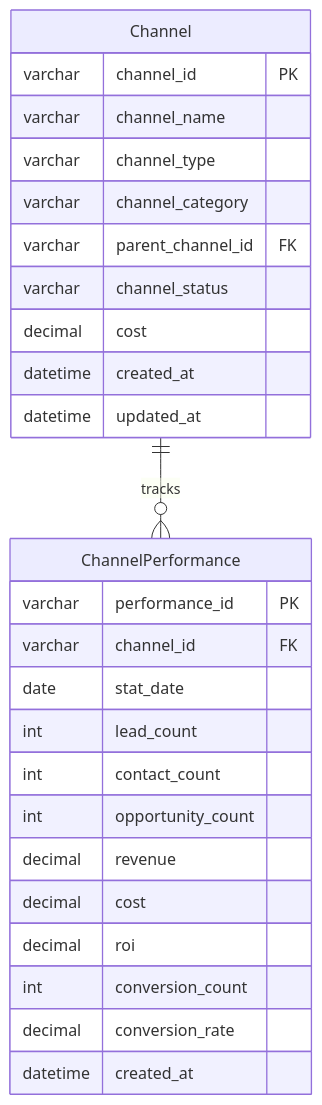
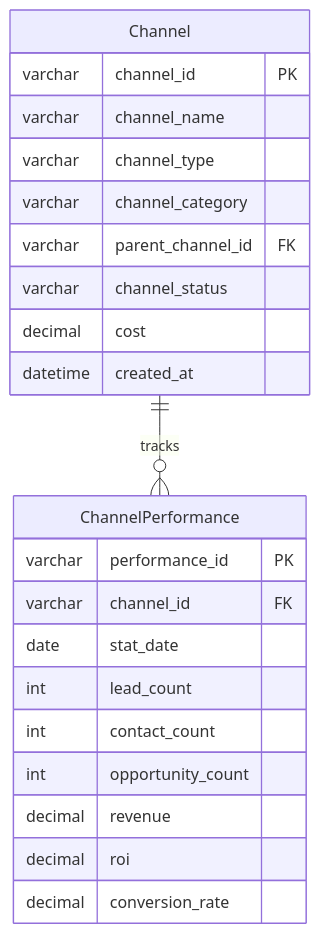
The seventh of 25 diagrams in docs/b2b-cdp-entity-design.md (312268112/advanced-java), drawn with Mermaid before and after one commit. The commit also changed other lines of this file, not shown here.

````diff
--- a/docs/b2b-cdp-entity-design.md
+++ b/docs/b2b-cdp-entity-design.md
@@ -431,31 +317,27 @@
 ```mermaid
 erDiagram
     Channel ||--o{ ChannelPerformance : tracks
     
     Channel {
         varchar channel_id PK
         varchar channel_name
         varchar channel_type
         varchar channel_category
         varchar parent_channel_id FK
         varchar channel_status
         decimal cost
         datetime created_at
-        datetime updated_at
     }
     
     ChannelPerformance {
         varchar performance_id PK
         varchar channel_id FK
         date stat_date
         int lead_count
         int contact_count
         int opportunity_count
         decimal revenue
-        decimal cost
         decimal roi
-        int conversion_count
         decimal conversion_rate
-        datetime created_at
     }
 ```
````
